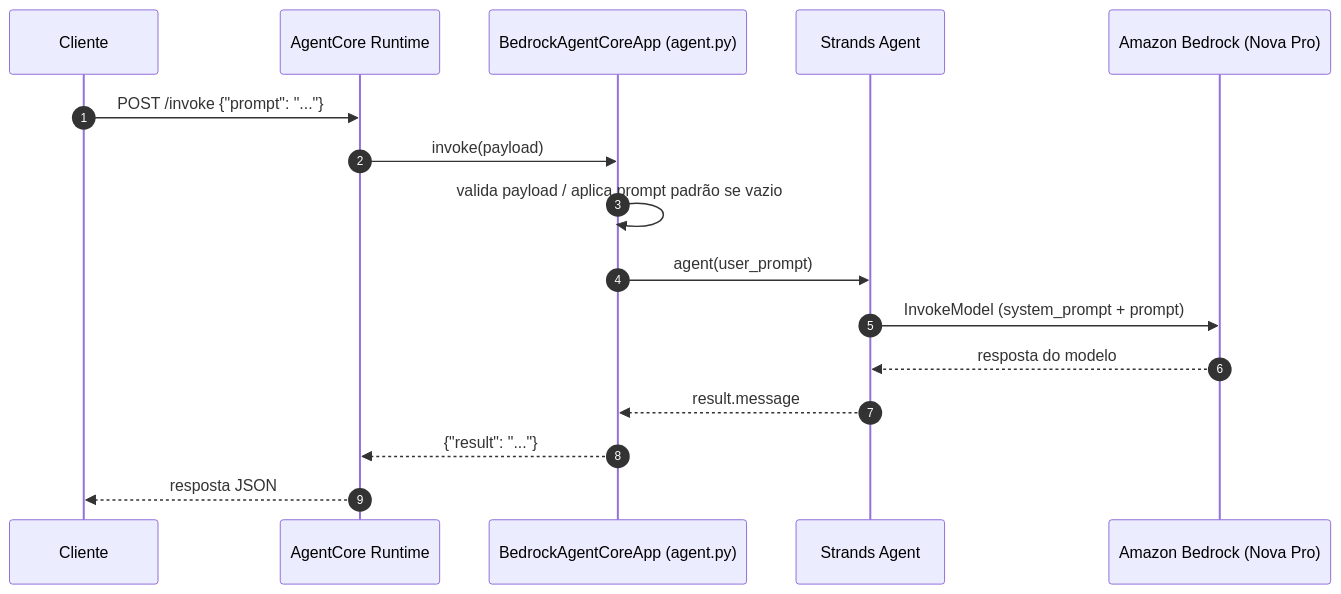
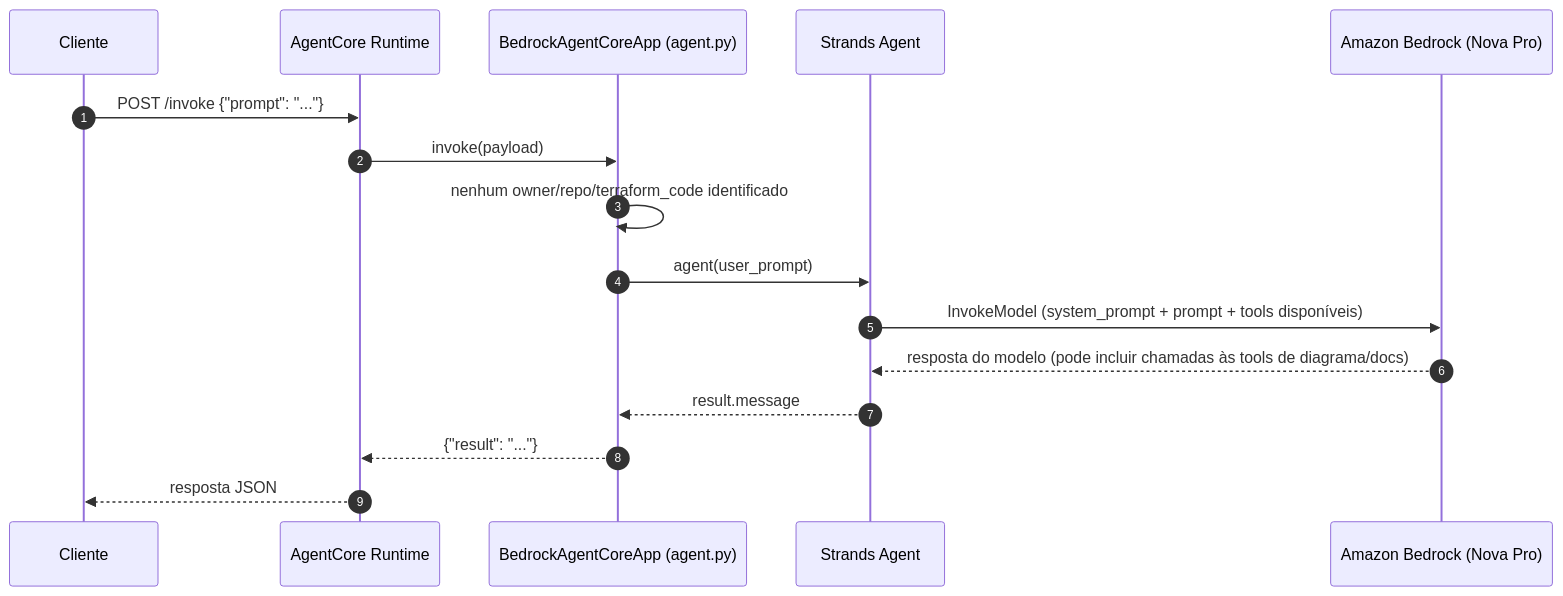
Before and after one commit to gabriesb/ARC.IA: the fifth of 6 diagrams in ARCH.md, drawn with Mermaid. The commit also changed other lines of this file and 1 other file, not shown here.

````diff
--- a/ARCH.md
+++ b/ARCH.md
@@ -86,19 +147,19 @@
 ```mermaid
 sequenceDiagram
     autonumber
     participant Cliente
     participant Runtime as AgentCore Runtime
     participant App as BedrockAgentCoreApp (agent.py)
     participant Agent as Strands Agent
     participant Bedrock as Amazon Bedrock (Nova Pro)
 
     Cliente->>Runtime: POST /invoke {"prompt": "..."}
     Runtime->>App: invoke(payload)
-    App->>App: valida payload / aplica prompt padrão se vazio
+    App->>App: nenhum owner/repo/terraform_code identificado
     App->>Agent: agent(user_prompt)
-    Agent->>Bedrock: InvokeModel (system_prompt + prompt)
-    Bedrock-->>Agent: resposta do modelo
+    Agent->>Bedrock: InvokeModel (system_prompt + prompt + tools disponíveis)
+    Bedrock-->>Agent: resposta do modelo (pode incluir chamadas às tools de diagrama/docs)
     Agent-->>App: result.message
     App-->>Runtime: {"result": "..."}
     Runtime-->>Cliente: resposta JSON
 ```
````
